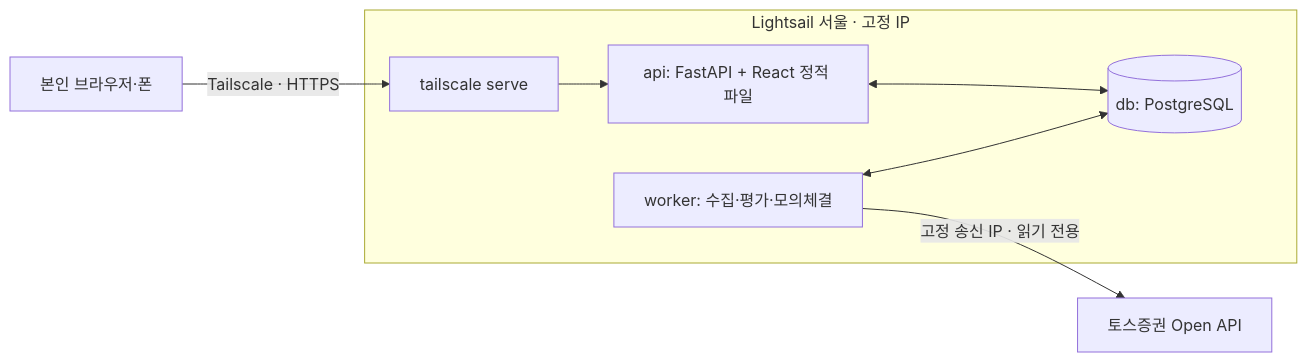
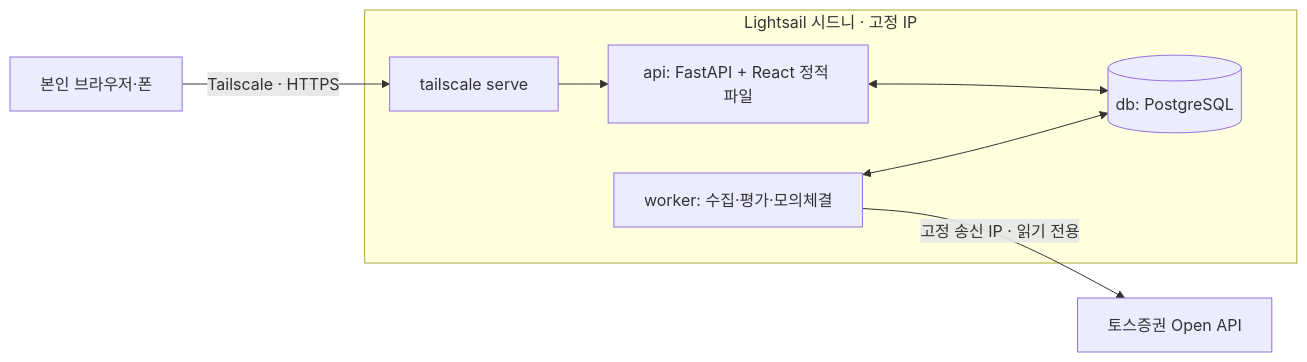
Before and after one commit to ottuck/trading-lab: the diagram in docs/project.md, drawn with Mermaid. The commit also changed other lines of this file and 3 other files, not shown here.

````diff
--- a/docs/project.md
+++ b/docs/project.md
@@ -60,10 +60,10 @@
 ```mermaid
 flowchart LR
     ME[본인 브라우저·폰] -->|Tailscale · HTTPS| TS[tailscale serve]
-    subgraph VM[Lightsail 서울 · 고정 IP]
+    subgraph VM[Lightsail 시드니 · 고정 IP]
         TS --> API[api: FastAPI + React 정적 파일]
         API <--> DB[(db: PostgreSQL)]
         WORKER[worker: 수집·평가·모의체결] <--> DB
     end
     WORKER -->|고정 송신 IP · 읽기 전용| TOSS[토스증권 Open API]
 ```
````
